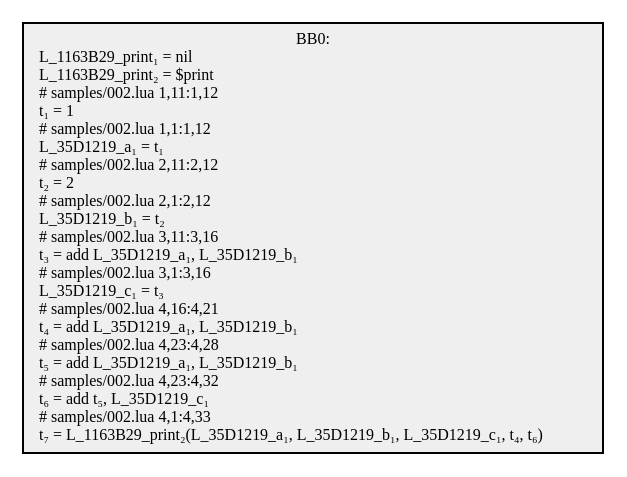
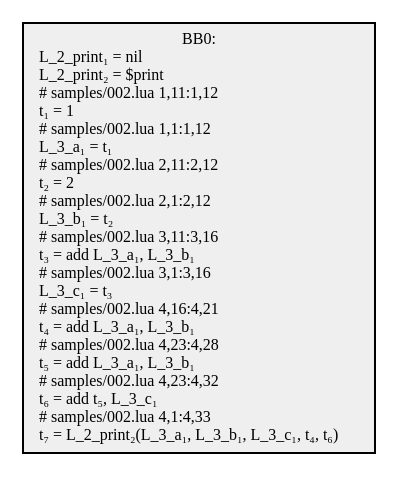
One commit to GGG-KILLER/SimpleCompiler changed the diagram in src/SimpleCompiler.Cli/samples/obj/002.1.dot. Above: the diagram before and after it, drawn with Graphviz. The commit also changed 27 other files, not shown here.

```diff
--- a/src/SimpleCompiler.Cli/samples/obj/002.1.dot
+++ b/src/SimpleCompiler.Cli/samples/obj/002.1.dot
@@ -1,5 +1,5 @@
 digraph {
   node[shape=box style=filled fontsize=8 fontname="Cascadia Code" fillcolor="#efefef"];
-  BB0 [label="BB0:\nL_1163B29_print₁ = nil\lL_1163B29_print₂ = $print\l# samples/002.lua 1,11:1,12\lt₁ = 1\l# samples/002.lua 1,1:1,12\lL_35D1219_a₁ = t₁\l# samples/002.lua 2,11:2,12\lt₂ = 2\l# samples/002.lua 2,1:2,12\lL_35D1219_b₁ = t₂\l# samples/002.lua 3,11:3,16\lt₃ = add L_35D1219_a₁, L_35D1219_b₁\l# samples/002.lua 3,1:3,16\lL_35D1219_c₁ = t₃\l# samples/002.lua 4,16:4,21\lt₄ = add L_35D1219_a₁, L_35D1219_b₁\l# samples/002.lua 4,23:4,28\lt₅ = add L_35D1219_a₁, L_35D1219_b₁\l# samples/002.lua 4,23:4,32\lt₆ = add t₅, L_35D1219_c₁\l# samples/002.lua 4,1:4,33\lt₇ = L_1163B29_print₂(L_35D1219_a₁, L_35D1219_b₁, L_35D1219_c₁, t₄, t₆)\l"];
+  BB0 [label="BB0:\nL_2_print₁ = nil\lL_2_print₂ = $print\l# samples/002.lua 1,11:1,12\lt₁ = 1\l# samples/002.lua 1,1:1,12\lL_3_a₁ = t₁\l# samples/002.lua 2,11:2,12\lt₂ = 2\l# samples/002.lua 2,1:2,12\lL_3_b₁ = t₂\l# samples/002.lua 3,11:3,16\lt₃ = add L_3_a₁, L_3_b₁\l# samples/002.lua 3,1:3,16\lL_3_c₁ = t₃\l# samples/002.lua 4,16:4,21\lt₄ = add L_3_a₁, L_3_b₁\l# samples/002.lua 4,23:4,28\lt₅ = add L_3_a₁, L_3_b₁\l# samples/002.lua 4,23:4,32\lt₆ = add t₅, L_3_c₁\l# samples/002.lua 4,1:4,33\lt₇ = L_2_print₂(L_3_a₁, L_3_b₁, L_3_c₁, t₄, t₆)\l"];
 
 }
```
